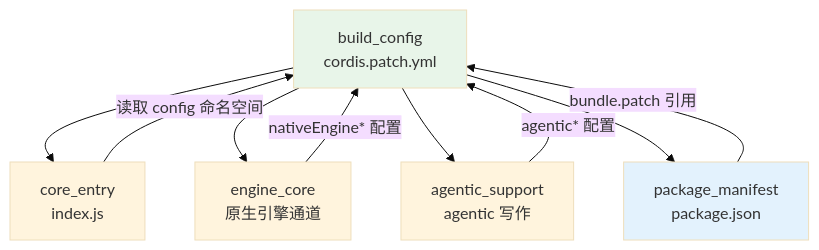
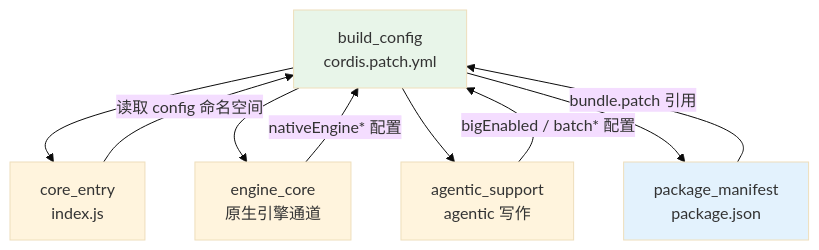
The fourth of 4 diagrams in .codewiki/_native-state/docs/Build___Dependency_Configuration_Layer/build_config.md (ikliml666/dsh-codewiki), drawn with Mermaid (base theme) before and after one commit. The commit also changed other lines of this file and 17 other files, not shown here.

````diff
--- a/.codewiki/_native-state/docs/Build___Dependency_Configuration_Layer/build_config.md
+++ b/.codewiki/_native-state/docs/Build___Dependency_Configuration_Layer/build_config.md
@@ -159,15 +162,15 @@
 ```mermaid
 graph TD
     A["build_config<br/>cordis.patch.yml"] --> B["core_entry<br/>index.js"]
     A --> C["engine_core<br/>原生引擎通道"]
     A --> D["agentic_support<br/>agentic 写作"]
     A --> E["package_manifest<br/>package.json"]
 
     E -->|"bundle.patch 引用"| A
     B -->|"读取 config 命名空间"| A
     C -->|"nativeEngine* 配置"| A
-    D -->|"agentic* 配置"| A
+    D -->|"bigEnabled / batch* 配置"| A
 
     style A fill:#e8f5e9
     style E fill:#e3f2fd
 ```
````
